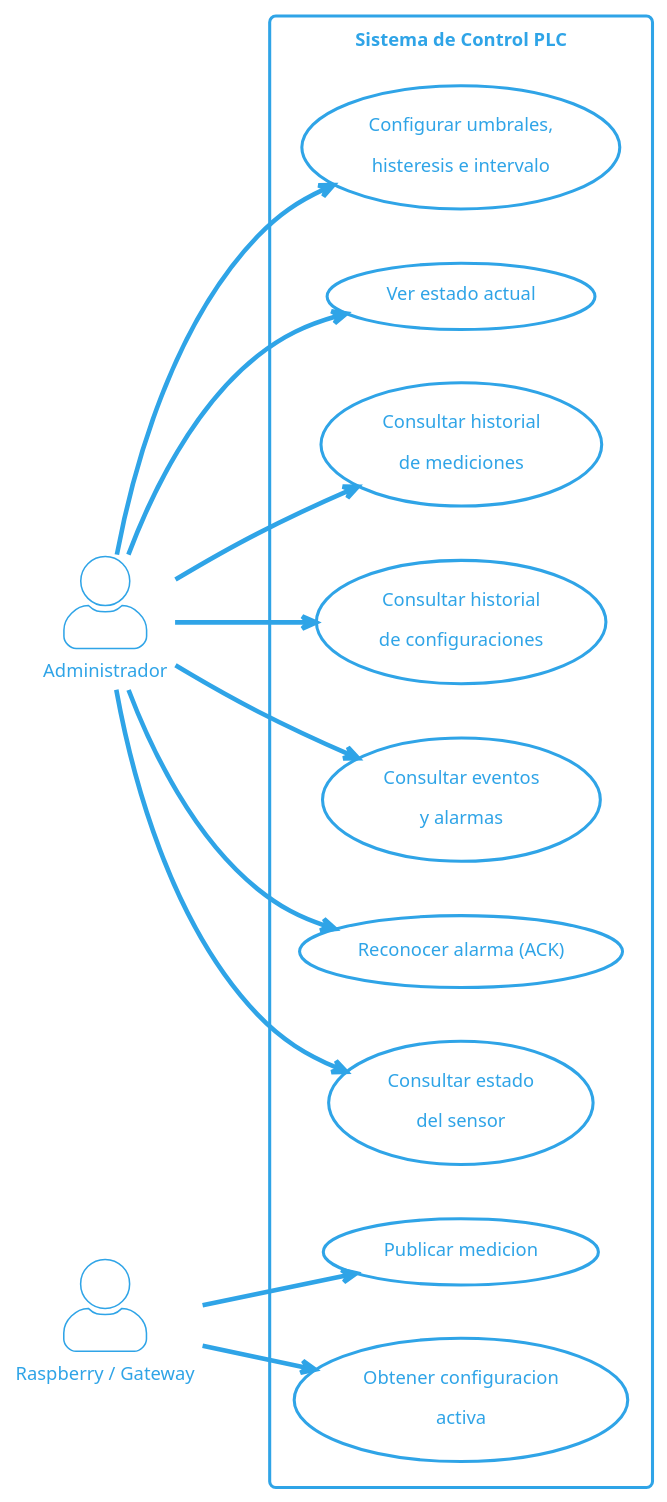
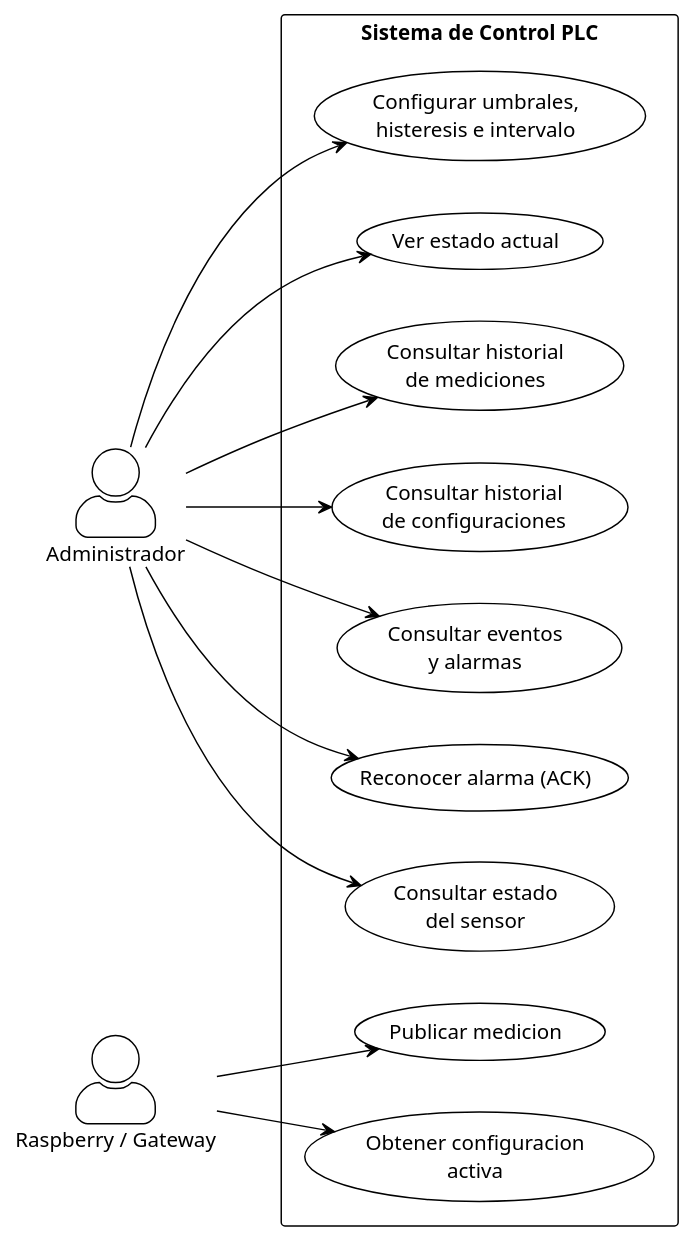
One commit to andinogabriel/plc-control-backend changed the diagram in docs/uml/use_cases.puml. Above: the diagram before and after it, drawn with PlantUML. The commit also changed 38 other files, not shown here.

Commit message:
docs(uml): neutral B&W-print-friendly theme + downloadable PNG for every diagram (#55)

```diff
--- a/docs/uml/use_cases.puml
+++ b/docs/uml/use_cases.puml
@@ -1,34 +1,34 @@
 @startuml use_cases
-!theme cerulean-outline
+!theme plain
 skinparam backgroundColor #FFFFFF
 skinparam shadowing false
 ' Diagrama de casos de uso (UML) — notacion nativa: actores + frontera del sistema + asociaciones.
 left to right direction
 skinparam actorStyle awesome
 skinparam packageStyle rectangle
 
 actor "Administrador" as Admin
 actor "Raspberry / Gateway" as RPi
 
 rectangle "Sistema de Control PLC" {
   usecase "Configurar umbrales,\nhisteresis e intervalo" as UC1
   usecase "Ver estado actual" as UC2
   usecase "Consultar historial\nde mediciones" as UC3
   usecase "Consultar historial\nde configuraciones" as UC4
   usecase "Consultar eventos\ny alarmas" as UC5
   usecase "Reconocer alarma (ACK)" as UC6
   usecase "Consultar estado\ndel sensor" as UC7
   usecase "Publicar medicion" as UC8
   usecase "Obtener configuracion\nactiva" as UC9
 }
 
 Admin --> UC1
 Admin --> UC2
 Admin --> UC3
 Admin --> UC4
 Admin --> UC5
 Admin --> UC6
 Admin --> UC7
 RPi --> UC8
 RPi --> UC9
 @enduml
```
